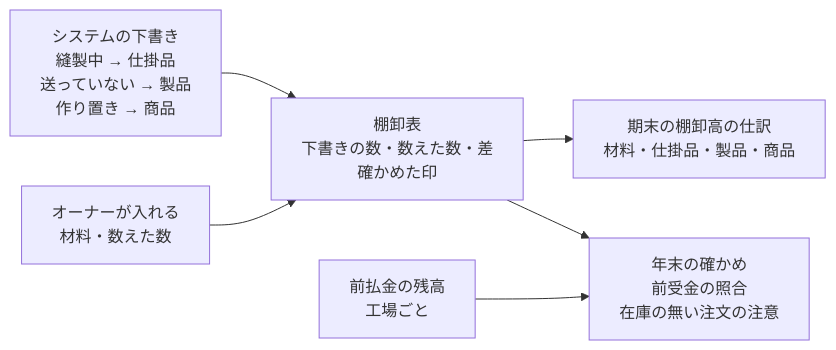
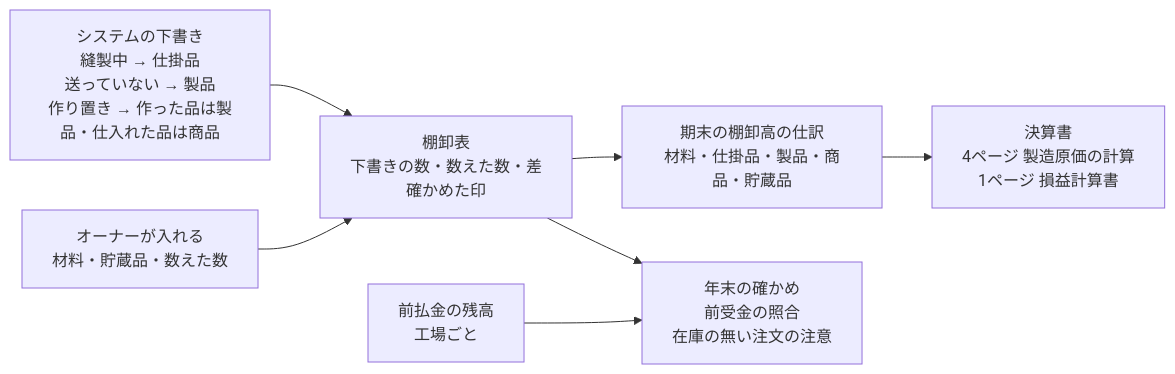
One commit to ChocoWork/o_official changed the second of 8 diagrams in docs/superpowers/specs/2026-11-03-accounting-redesign-design.md. Above: the diagram before and after it, drawn with Mermaid. The commit also changed other lines of this file, not shown here.

````diff
--- a/docs/superpowers/specs/2026-11-03-accounting-redesign-design.md
+++ b/docs/superpowers/specs/2026-11-03-accounting-redesign-design.md
@@ -612,8 +618,9 @@
 ```mermaid
 flowchart LR
-    A["システムの下書き<br>縫製中 → 仕掛品<br>送っていない → 製品<br>作り置き → 商品"] --> C["棚卸表<br>下書きの数・数えた数・差<br>確かめた印"]
-    B["オーナーが入れる<br>材料・数えた数"] --> C
-    C --> D["期末の棚卸高の仕訳<br>材料・仕掛品・製品・商品"]
+    A["システムの下書き<br>縫製中 → 仕掛品<br>送っていない → 製品<br>作り置き → 作った品は製品・仕入れた品は商品"] --> C["棚卸表<br>下書きの数・数えた数・差<br>確かめた印"]
+    B["オーナーが入れる<br>材料・貯蔵品・数えた数"] --> C
+    C --> D["期末の棚卸高の仕訳<br>材料・仕掛品・製品・商品・貯蔵品"]
+    D --> G["決算書<br>4ページ 製造原価の計算<br>1ページ 損益計算書"]
     E["前払金の残高<br>工場ごと"] --> F["年末の確かめ<br>前受金の照合<br>在庫の無い注文の注意"]
     C --> F
 ```
````
